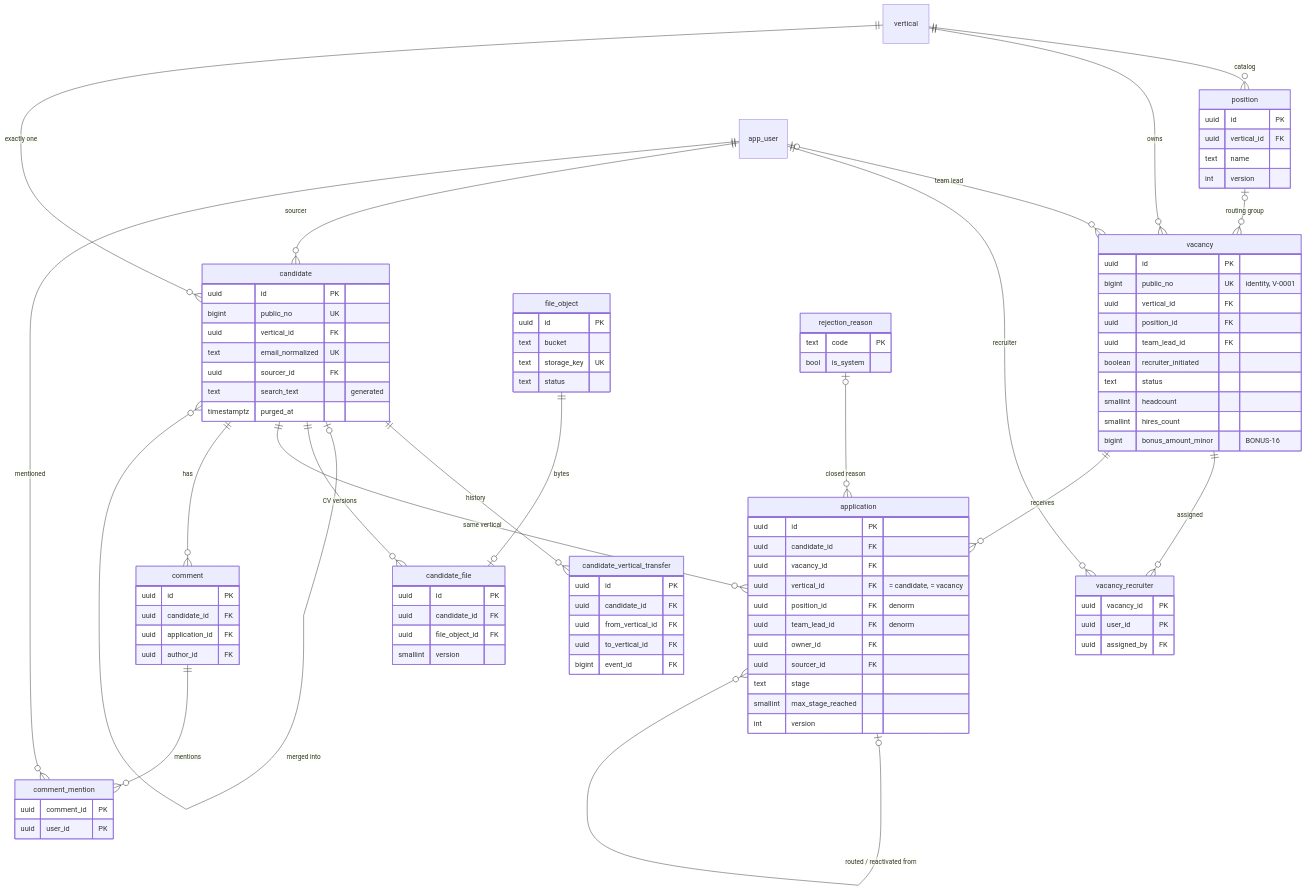
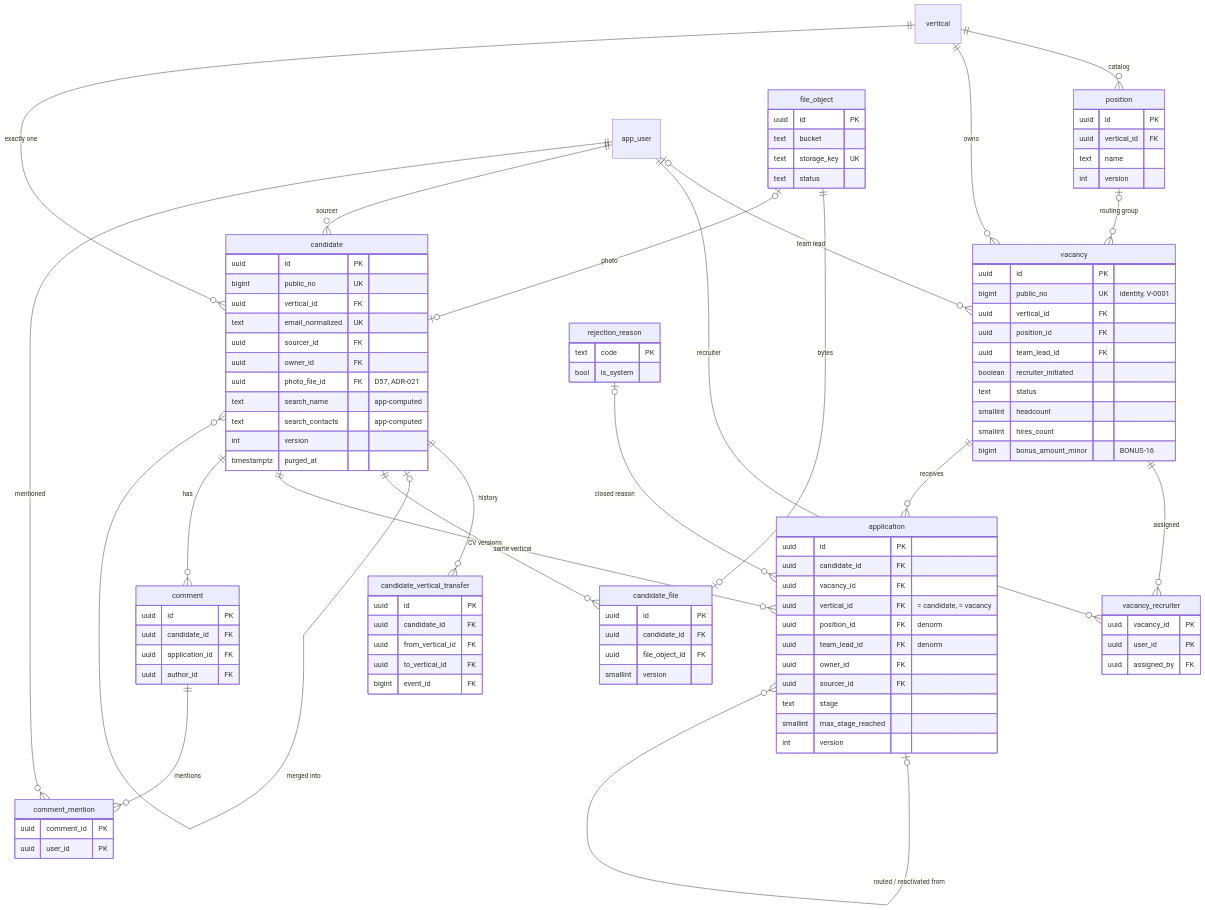
One commit to tolkyu/rcrt-app changed the second of 6 diagrams in docs/erd.md. Above: the diagram before and after it, drawn with Mermaid. The commit also changed other lines of this file and 37 other files, not shown here.

First line of the commit message:
wip: D117 form content, owner decisions D134-D147, ADR-021 drafts

```diff
--- a/docs/erd.md
+++ b/docs/erd.md
@@ -120,6 +120,7 @@
     candidate |o--o{ candidate : "merged into"
     candidate ||--o{ candidate_file : "CV versions"
     file_object ||--o| candidate_file : "bytes"
+    file_object |o--o| candidate : "photo"
     candidate ||--o{ application : "same vertical"
     vacancy ||--o{ application : "receives"
     application |o--o{ application : "routed / reactivated from"
@@ -145,7 +146,11 @@
         uuid vertical_id FK
         text email_normalized UK
         uuid sourcer_id FK
-        text search_text "generated"
+        uuid owner_id FK
+        uuid photo_file_id FK "D57, ADR-021"
+        text search_name "app-computed"
+        text search_contacts "app-computed"
+        int version
         timestamptz purged_at
     }
     candidate_vertical_transfer {
```
